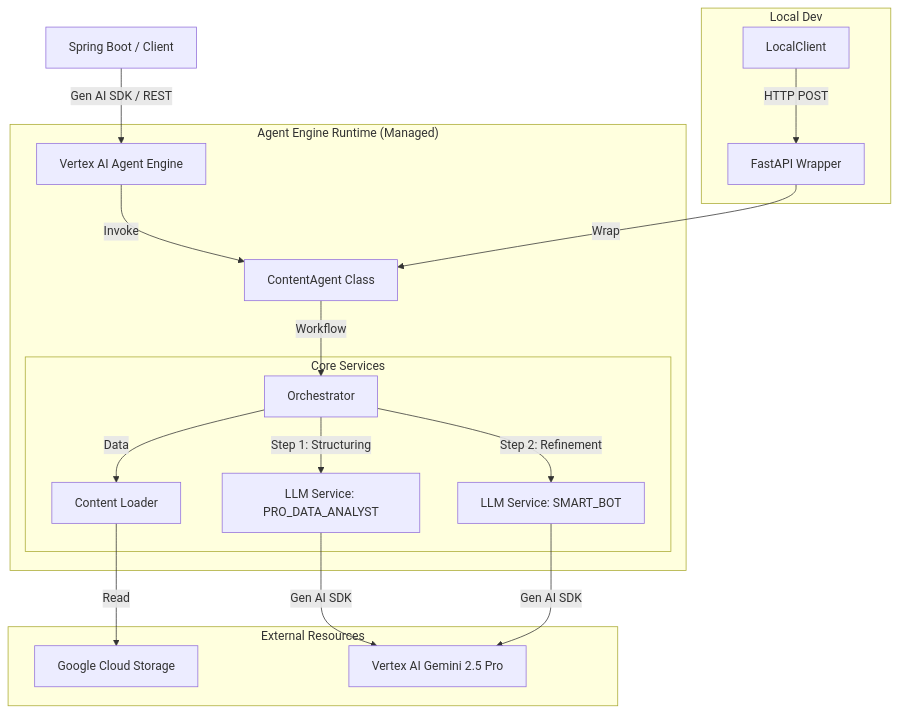
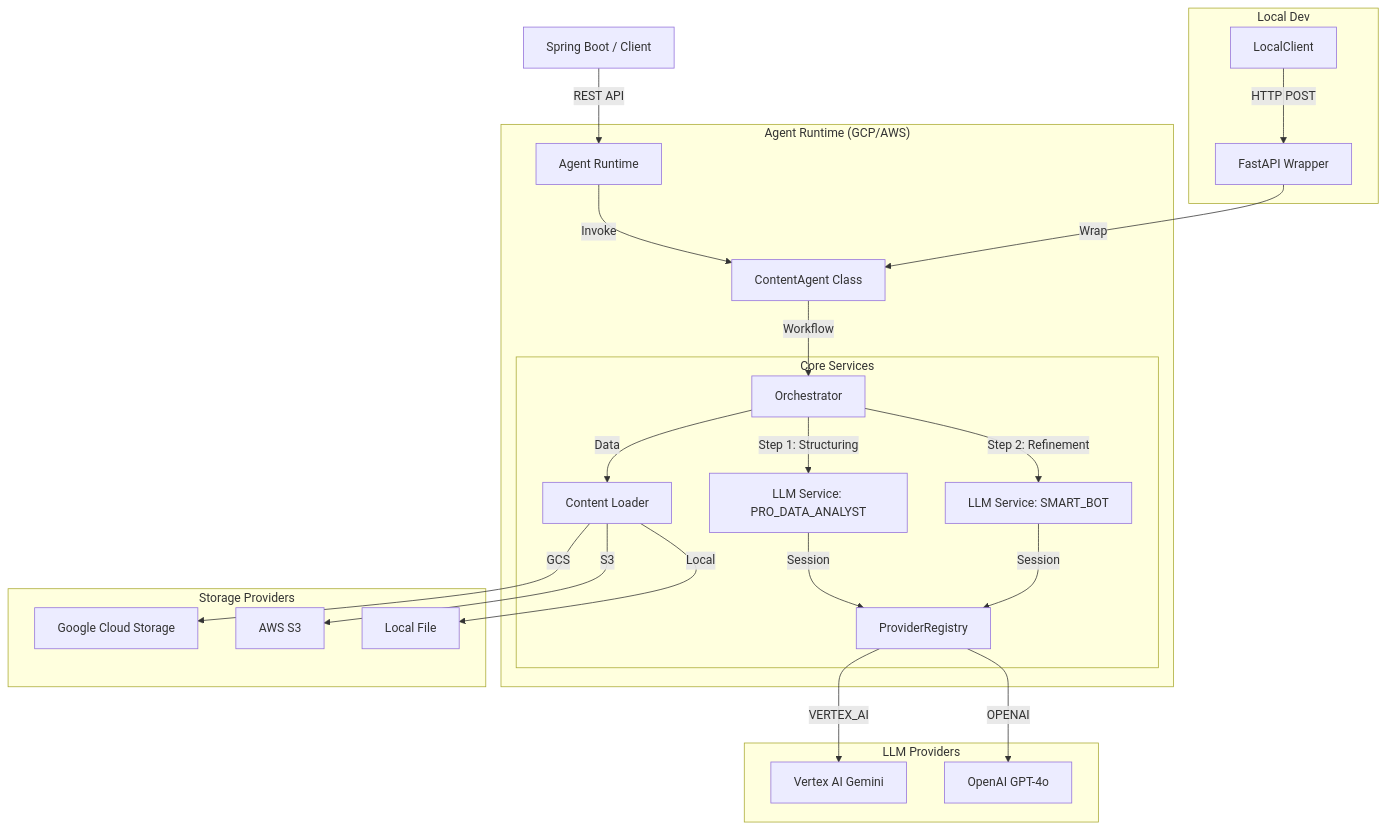
The first of 2 diagrams in documents/architecture.md (ParkKunSik/content-ai-agent), drawn with Mermaid before and after one commit. The commit also changed other lines of this file and 36 other files, not shown here.

First line of the commit message:
[RWD-5303] LLM Provider 추상화 및 OpenAI 멀티 Provider 지원

````diff
--- a/documents/architecture.md
+++ b/documents/architecture.md
@@ -14,26 +14,32 @@
 ```mermaid
 graph TD
-    Client[Spring Boot / Client] -- "Gen AI SDK / REST" --> AE[Vertex AI Agent Engine]
-    
-    subgraph "Agent Engine Runtime (Managed)"
+    Client[Spring Boot / Client] -- "REST API" --> AE[Agent Runtime]
+
+    subgraph "Agent Runtime (GCP/AWS)"
         AE -->|Invoke| Agent[ContentAgent Class]
         Agent -->|Workflow| Orch[Orchestrator]
-        
+
         subgraph "Core Services"
             Orch -->|Step 1: Structuring| LLM1[LLM Service: PRO_DATA_ANALYST]
             Orch -->|Step 2: Refinement| LLM2[LLM Service: SMART_BOT]
             Orch -->|Data| Load[Content Loader]
+            LLM1 & LLM2 -->|Session| Registry[ProviderRegistry]
         end
     end
-    
-    subgraph "External Resources"
-        Load -->|Read| GCS[Google Cloud Storage]
-        LLM1 -->|Gen AI SDK| Vertex[Vertex AI Gemini 2.5 Pro]
-        LLM2 -->|Gen AI SDK| Vertex
+
+    subgraph "LLM Providers"
+        Registry -->|VERTEX_AI| Vertex[Vertex AI Gemini]
+        Registry -->|OPENAI| OpenAI[OpenAI GPT-4o]
     end
-    
+
+    subgraph "Storage Providers"
+        Load -->|GCS| GCS[Google Cloud Storage]
+        Load -->|S3| S3[AWS S3]
+        Load -->|Local| Local[Local File]
+    end
+
     subgraph "Local Dev"
         LocalClient -- "HTTP POST" --> Fast[FastAPI Wrapper]
         Fast -->|Wrap| Agent
     end
 ```
````
